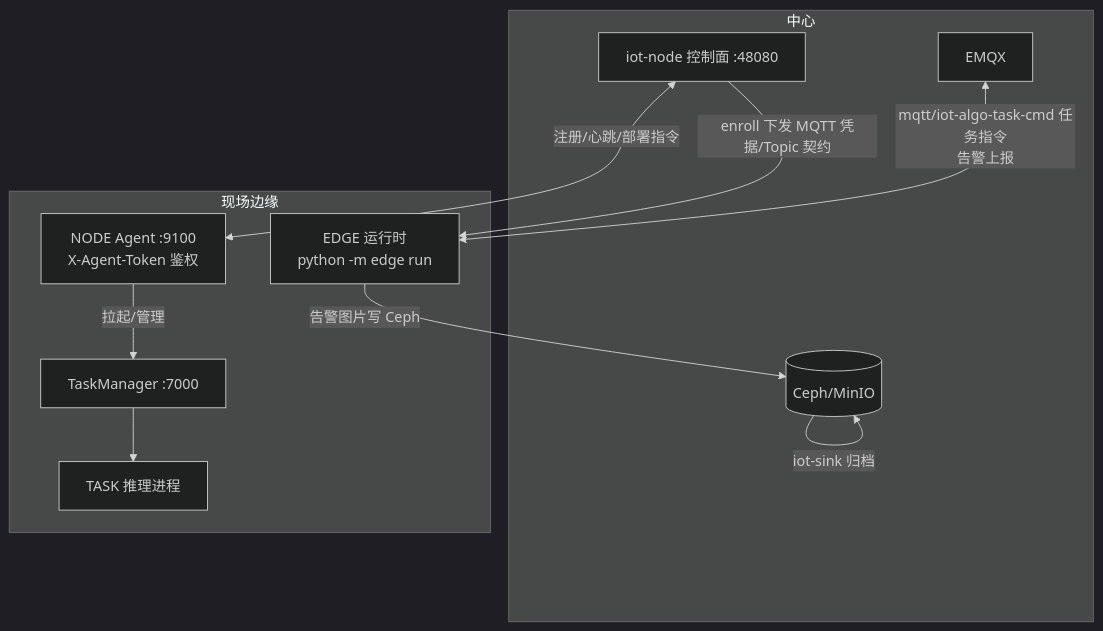
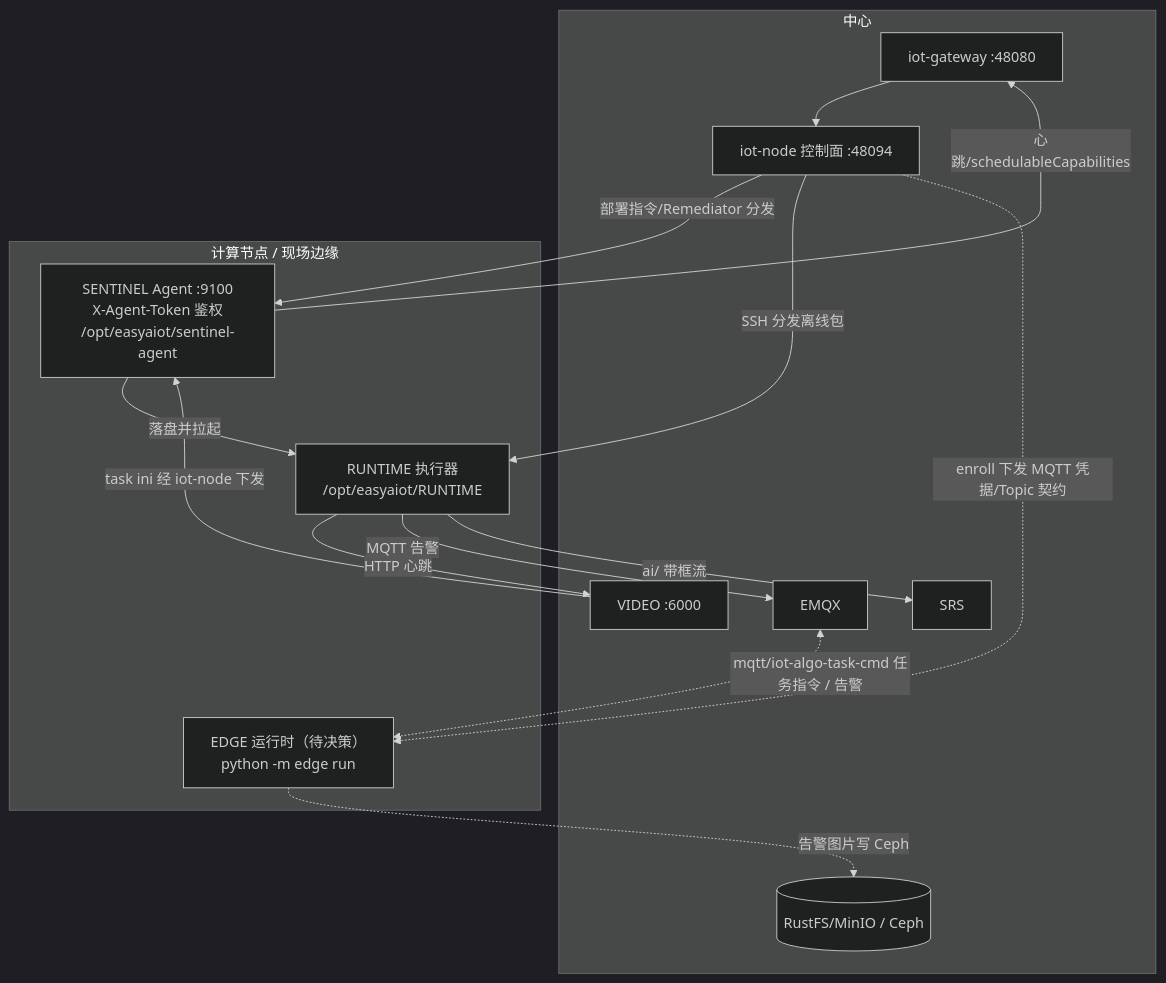
One commit to xinlingzhifei-sh/easyaiot changed the seventh of 7 diagrams in .doc/架构设计/整体架构详解.md. Above: the diagram before and after it, drawn with Mermaid (dark theme). The commit also changed other lines of this file and 1 other file, not shown here.

````diff
--- a/.doc/架构设计/整体架构详解.md
+++ b/.doc/架构设计/整体架构详解.md
@@ -207,20 +278,27 @@
 ```mermaid
 flowchart TB
     subgraph CENTER[中心]
-        NS[iot-node 控制面 :48080]
+        GWY[iot-gateway :48080]
+        NS[iot-node 控制面 :48094]
+        VD[VIDEO :6000]
         MQ[EMQX]
-        OS[(Ceph/MinIO)]
+        SR[SRS]
+        OS[(RustFS/MinIO / Ceph)]
     end
-    subgraph SITE[现场边缘]
-        NA[NODE Agent :9100<br/>X-Agent-Token 鉴权]
-        TM[TaskManager :7000]
-        TK[TASK 推理进程]
-        ER[EDGE 运行时<br/>python -m edge run]
+    subgraph NODEHOST[计算节点 / 现场边缘]
+        SA[SENTINEL Agent :9100<br/>X-Agent-Token 鉴权<br/>/opt/easyaiot/sentinel-agent]
+        RX[RUNTIME 执行器<br/>/opt/easyaiot/RUNTIME]
+        ER[EDGE 运行时（待决策）<br/>python -m edge run]
     end
-    NS <-->|注册/心跳/部署指令| NA
-    NA -->|拉起/管理| TM --> TK
-    NS -->|enroll 下发 MQTT 凭据/Topic 契约| ER
-    MQ <-->|mqtt/iot-algo-task-cmd 任务指令<br/>告警上报| ER
-    ER -->|告警图片写 Ceph| OS
-    OS -->|iot-sink 归档| OS
+    SA -->|心跳/schedulableCapabilities| GWY --> NS
+    NS -->|部署指令/Remediator 分发| SA
+    NS -->|SSH 分发离线包| RX
+    VD -->|task ini 经 iot-node 下发| SA
+    SA -->|落盘并拉起| RX
+    RX -->|HTTP 心跳| VD
+    RX -->|MQTT 告警| MQ
+    RX -->|ai/ 带框流| SR
+    NS -.->|enroll 下发 MQTT 凭据/Topic 契约| ER
+    MQ <-.->|mqtt/iot-algo-task-cmd 任务指令 / 告警| ER
+    ER -.->|告警图片写 Ceph| OS
 ```
````
